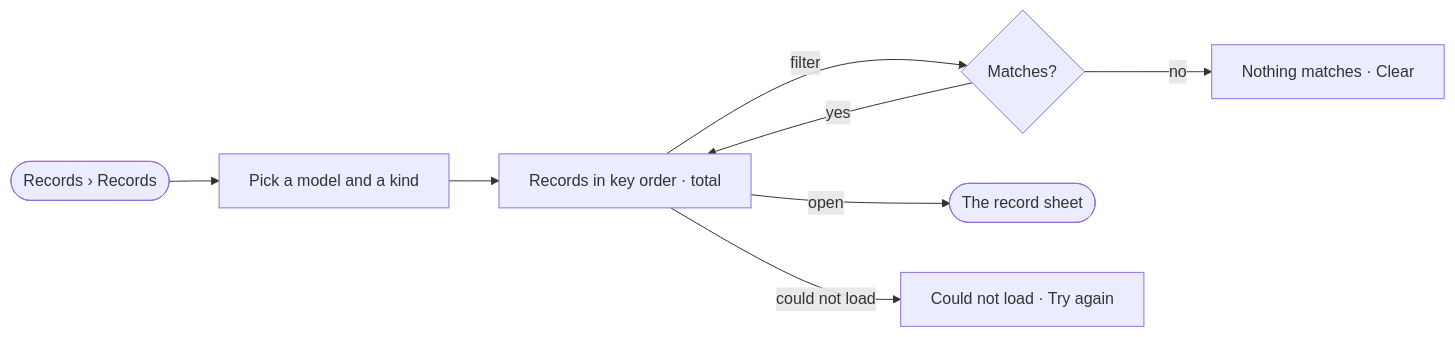
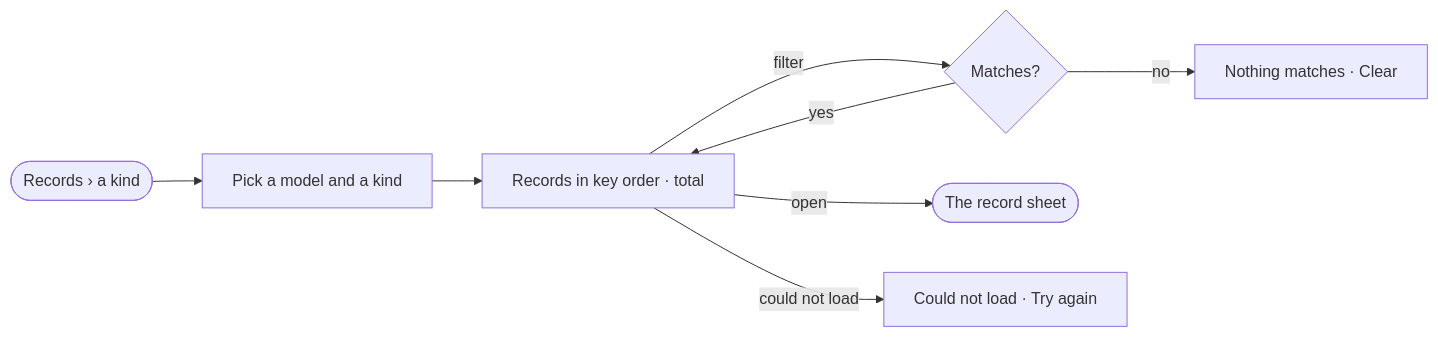
The diagram in specs/capabilities/records/features/RC-F01-records-by-kind/stories/RC-01-browse-the-records-of-a-kind/story.md (invana/invana), drawn with Mermaid before and after one commit. The commit also changed 106 other files, not shown here.

````diff
--- a/specs/capabilities/records/features/RC-F01-records-by-kind/stories/RC-01-browse-the-records-of-a-kind/story.md
+++ b/specs/capabilities/records/features/RC-F01-records-by-kind/stories/RC-01-browse-the-records-of-a-kind/story.md
@@ -27,9 +27,9 @@
 ```mermaid
 flowchart LR
-  a([Records › Records]) --> k[Pick a model and a kind] --> l[Records in key order · total]
+  a([Records › a kind]) --> k[Pick a model and a kind] --> l[Records in key order · total]
   l -->|filter| fl{Matches?}
   fl -->|no| ef[Nothing matches · Clear]
   fl -->|yes| l
   l -->|open| r([The record sheet])
   l -->|could not load| f[Could not load · Try again]
 ```
````
